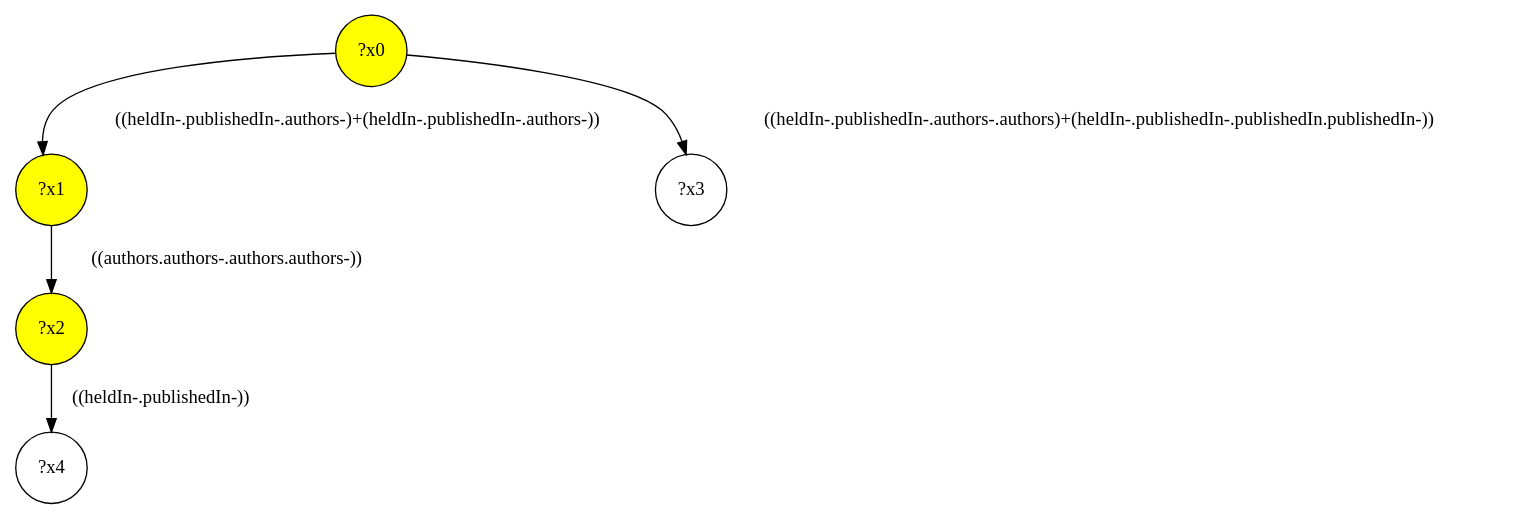
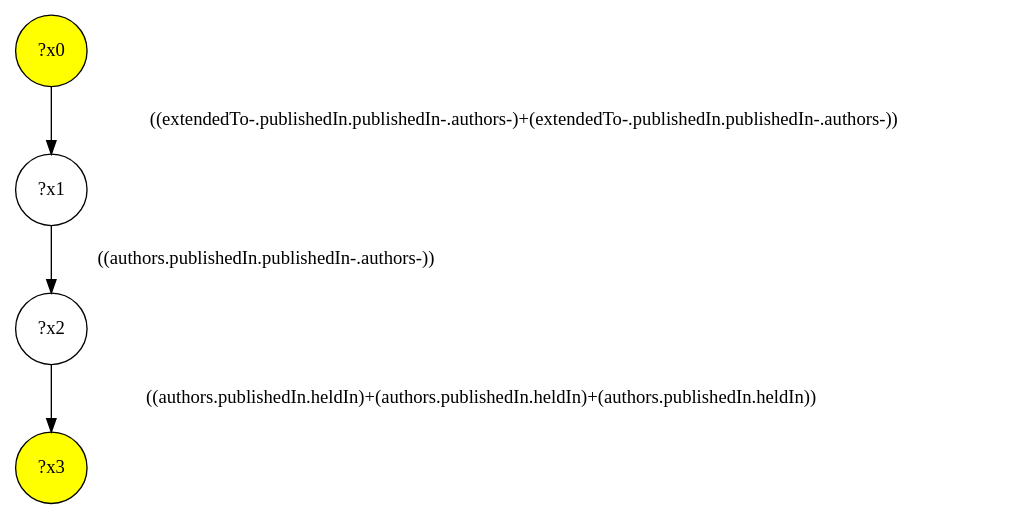
One commit to gbagan/gmark changed the diagram in demo/test-a/test-a-interface/query-11.dot. Above: the diagram before and after it, drawn with Graphviz. The commit also changed 707 other files, not shown here.

```diff
--- a/demo/test-a/test-a-interface/query-11.dot
+++ b/demo/test-a/test-a-interface/query-11.dot
@@ -1,11 +1,9 @@
 digraph g {
-	x1 [fillcolor="yellow", style="filled," shape=circle, label="?x1"];
-	x2 [fillcolor="yellow", style="filled," shape=circle, label="?x2"];
 	x0 [fillcolor="yellow", style="filled," shape=circle, label="?x0"];
-	x0 -> x1 [label="((heldIn-.publishedIn-.authors-)+(heldIn-.publishedIn-.authors-))"];
-	x1 -> x2 [label="((authors.authors-.authors.authors-))"];
-	x3 [shape=circle, label="?x3"];
-	x0 -> x3 [label="((heldIn-.publishedIn-.authors-.authors)+(heldIn-.publishedIn-.publishedIn.publishedIn-))"];
-	x4 [shape=circle, label="?x4"];
-	x2 -> x4 [label="((heldIn-.publishedIn-))"];
+	x3 [fillcolor="yellow", style="filled," shape=circle, label="?x3"];
+	x1 [shape=circle, label="?x1"];
+	x0 -> x1 [label="((extendedTo-.publishedIn.publishedIn-.authors-)+(extendedTo-.publishedIn.publishedIn-.authors-))"];
+	x2 [shape=circle, label="?x2"];
+	x1 -> x2 [label="((authors.publishedIn.publishedIn-.authors-))"];
+	x2 -> x3 [label="((authors.publishedIn.heldIn)+(authors.publishedIn.heldIn)+(authors.publishedIn.heldIn))"];
 }
```
